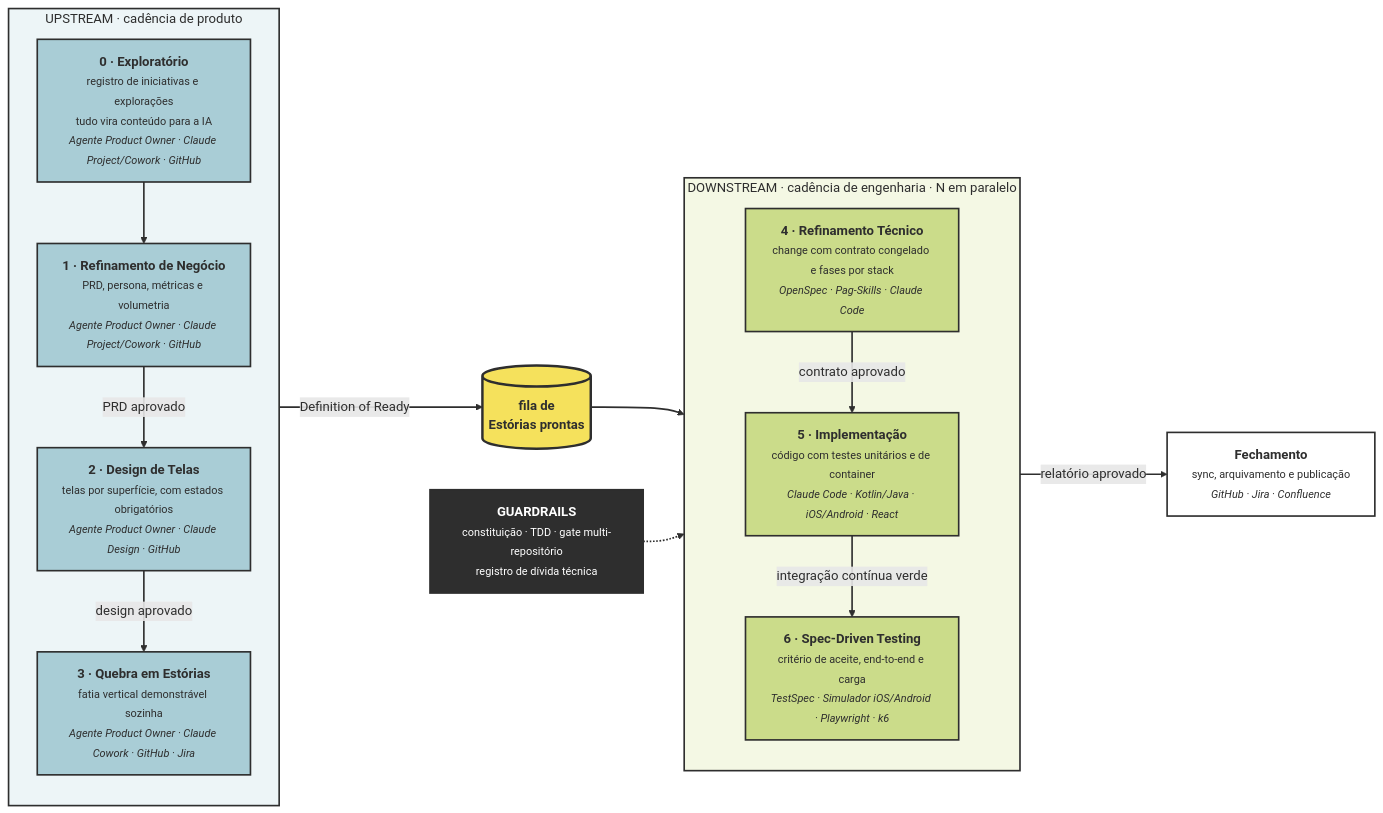
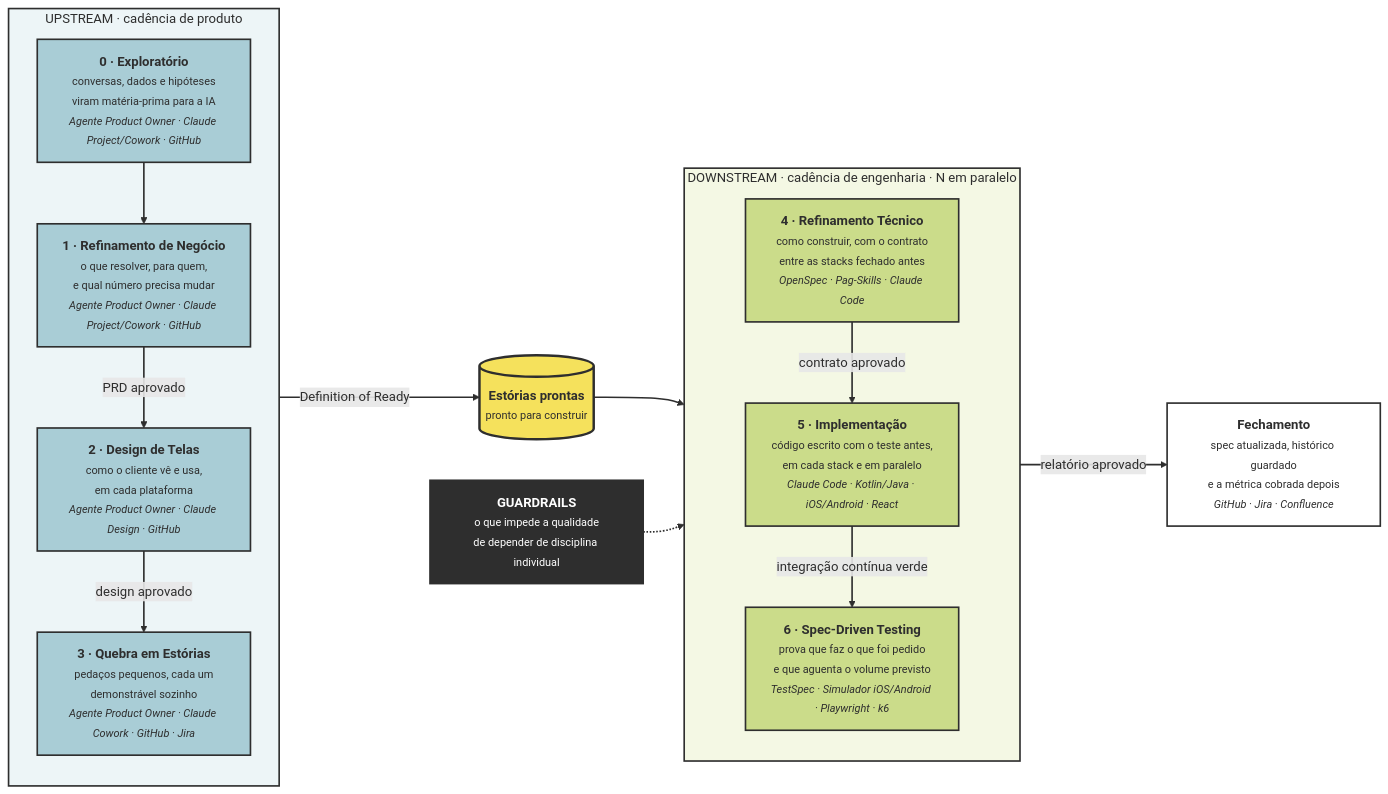
One commit to diegolirio/workflow-ai-first changed the first of 5 diagrams in workflow.md. Above: the diagram before and after it, drawn with Mermaid.

````diff
--- a/workflow.md
+++ b/workflow.md
@@ -33,49 +33,49 @@
 ```mermaid
 flowchart LR
     classDef up fill:#A9CDD6,stroke:#2E2E2E,stroke-width:2px,color:#2E2E2E
     classDef down fill:#CBDC8A,stroke:#2E2E2E,stroke-width:2px,color:#2E2E2E
     classDef queue fill:#F5E15C,stroke:#2E2E2E,stroke-width:3px,color:#2E2E2E
     classDef guard fill:#2E2E2E,stroke:#2E2E2E,stroke-width:2px,color:#FFFFFF
     classDef done fill:#FFFFFF,stroke:#2E2E2E,stroke-width:2px,color:#2E2E2E
 
     subgraph UP["UPSTREAM · cadência de produto"]
         direction TB
-        EX["<b>0 · Exploratório</b><br/><small>registro de iniciativas e explorações<br/>tudo vira conteúdo para a IA</small><br/><small><i>Agente Product Owner · Claude Project/Cowork · GitHub</i></small>"]
-        RN["<b>1 · Refinamento de Negócio</b><br/><small>PRD, persona, métricas e volumetria</small><br/><small><i>Agente Product Owner · Claude Project/Cowork · GitHub</i></small>"]
-        TL["<b>2 · Design de Telas</b><br/><small>telas por superfície, com estados obrigatórios</small><br/><small><i>Agente Product Owner · Claude Design · GitHub</i></small>"]
-        QE["<b>3 · Quebra em Estórias</b><br/><small>fatia vertical demonstrável sozinha</small><br/><small><i>Agente Product Owner · Claude Cowork · GitHub · Jira</i></small>"]
+        EX["<b>0 · Exploratório</b><br/><small>conversas, dados e hipóteses<br/>viram matéria-prima para a IA</small><br/><small><i>Agente Product Owner · Claude Project/Cowork · GitHub</i></small>"]
+        RN["<b>1 · Refinamento de Negócio</b><br/><small>o que resolver, para quem,<br/>e qual número precisa mudar</small><br/><small><i>Agente Product Owner · Claude Project/Cowork · GitHub</i></small>"]
+        TL["<b>2 · Design de Telas</b><br/><small>como o cliente vê e usa,<br/>em cada plataforma</small><br/><small><i>Agente Product Owner · Claude Design · GitHub</i></small>"]
+        QE["<b>3 · Quebra em Estórias</b><br/><small>pedaços pequenos, cada um<br/>demonstrável sozinho</small><br/><small><i>Agente Product Owner · Claude Cowork · GitHub · Jira</i></small>"]
         EX --> RN
         RN -->|"PRD aprovado"| TL
         TL -->|"design aprovado"| QE
     end
 
-    FILA[("<b>fila de<br/>Estórias prontas</b>")]
+    FILA[("<b>Estórias prontas</b><br/><small>pronto para construir</small>")]
 
     subgraph DOWN["DOWNSTREAM · cadência de engenharia · N em paralelo"]
         direction TB
-        RT["<b>4 · Refinamento Técnico</b><br/><small>change com contrato congelado e fases por stack</small><br/><small><i>OpenSpec · Pag-Skills · Claude Code</i></small>"]
-        IMPL["<b>5 · Implementação</b><br/><small>código com testes unitários e de container</small><br/><small><i>Claude Code · Kotlin/Java · iOS/Android · React</i></small>"]
-        TEST["<b>6 · Spec-Driven Testing</b><br/><small>critério de aceite, end-to-end e carga</small><br/><small><i>TestSpec · Simulador iOS/Android · Playwright · k6</i></small>"]
+        RT["<b>4 · Refinamento Técnico</b><br/><small>como construir, com o contrato<br/>entre as stacks fechado antes</small><br/><small><i>OpenSpec · Pag-Skills · Claude Code</i></small>"]
+        IMPL["<b>5 · Implementação</b><br/><small>código escrito com o teste antes,<br/>em cada stack e em paralelo</small><br/><small><i>Claude Code · Kotlin/Java · iOS/Android · React</i></small>"]
+        TEST["<b>6 · Spec-Driven Testing</b><br/><small>prova que faz o que foi pedido<br/>e que aguenta o volume previsto</small><br/><small><i>TestSpec · Simulador iOS/Android · Playwright · k6</i></small>"]
         RT -->|"contrato aprovado"| IMPL
         IMPL -->|"integração contínua verde"| TEST
     end
 
-    GR["<b>GUARDRAILS</b><br/><small>constituição · TDD · gate multi-repositório<br/>registro de dívida técnica</small>"]
+    GR["<b>GUARDRAILS</b><br/><small>o que impede a qualidade<br/>de depender de disciplina individual</small>"]
 
-    FIM["<b>Fechamento</b><br/><small>sync, arquivamento e publicação</small><br/><small><i>GitHub · Jira · Confluence</i></small>"]
+    FIM["<b>Fechamento</b><br/><small>spec atualizada, histórico guardado<br/>e a métrica cobrada depois</small><br/><small><i>GitHub · Jira · Confluence</i></small>"]
 
     QE -->|"Definition of Ready"| FILA
     FILA --> RT
     TEST -->|"relatório aprovado"| FIM
     GR -.-> DOWN
 
     class EX,RN,TL,QE up
     class RT,IMPL,TEST down
     class FILA queue
     class GR guard
     class FIM done
 
     style UP fill:#EDF5F7,stroke:#2E2E2E,stroke-width:2px,color:#2E2E2E
     style DOWN fill:#F4F8E4,stroke:#2E2E2E,stroke-width:2px,color:#2E2E2E
     linkStyle default stroke:#2E2E2E,stroke-width:2px,color:#2E2E2E
 ```
````
